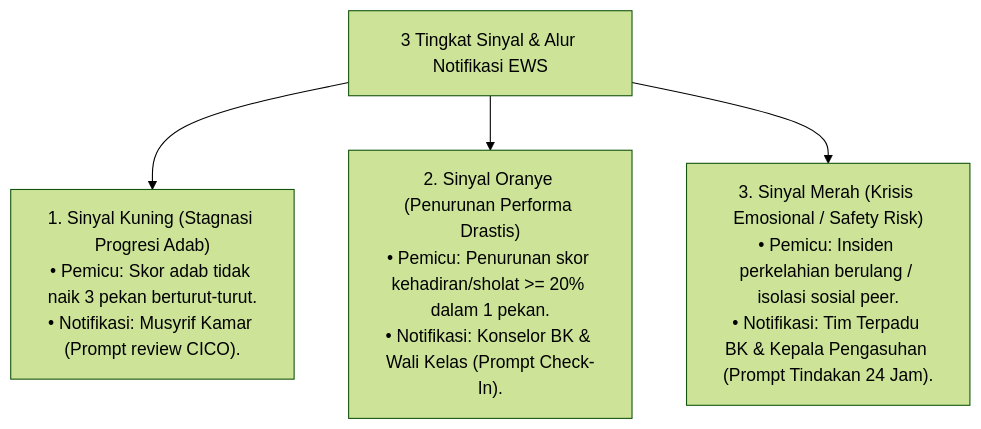
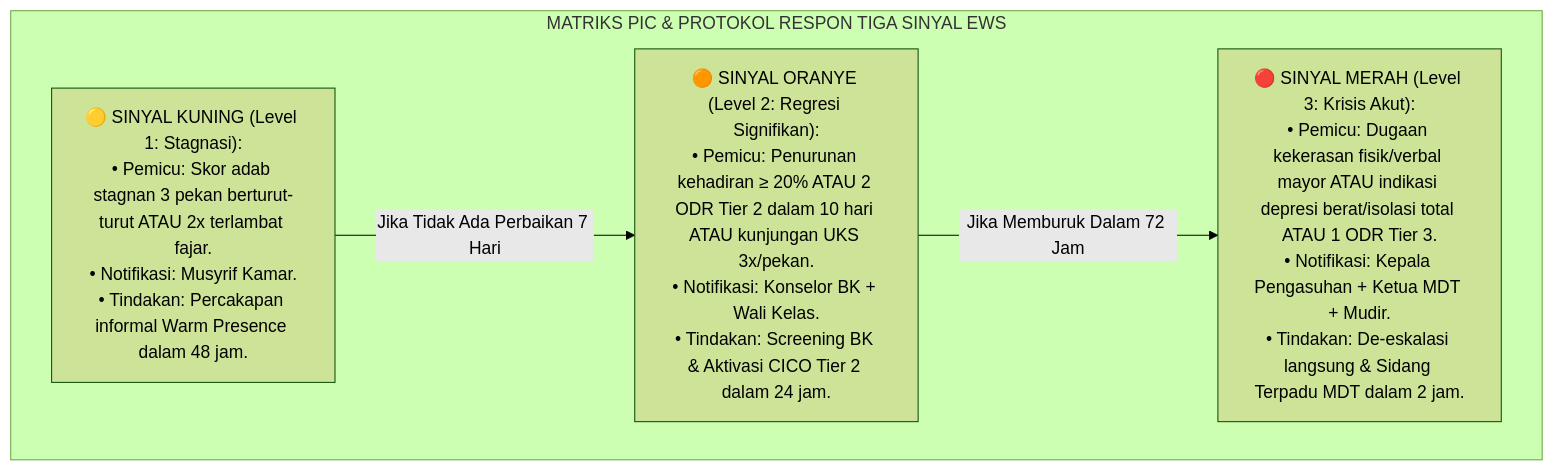
Before and after one commit to wandiapriliyandi/tumbuh: the second of 2 diagrams in 07 Implementation Framework/09 Monitoring/P7-09-03-Algoritma-EWS-Trigger-dan-Alur-Notifikasi-Sinyal.md, drawn with Mermaid (forest theme). The commit also changed other lines of this file and 3 other files, not shown here.

````diff
--- a/07 Implementation Framework/09 Monitoring/P7-09-03-Algoritma-EWS-Trigger-dan-Alur-Notifikasi-Sinyal.md
+++ b/07 Implementation Framework/09 Monitoring/P7-09-03-Algoritma-EWS-Trigger-dan-Alur-Notifikasi-Sinyal.md
@@ -14,7 +42,10 @@
 ```mermaid
-graph TD
-    EWSFlow["3 Tingkat Sinyal & Alur Notifikasi EWS"]
-    EWSFlow --> YellowSignal["1. Sinyal Kuning (Stagnasi Progresi Adab)<br/>• Pemicu: Skor adab tidak naik 3 pekan berturut-turut.<br/>• Notifikasi: Musyrif Kamar (Prompt review CICO)."]
-    EWSFlow --> OrangeSignal["2. Sinyal Oranye (Penurunan Performa Drastis)<br/>• Pemicu: Penurunan skor kehadiran/sholat >= 20% dalam 1 pekan.<br/>• Notifikasi: Konselor BK & Wali Kelas (Prompt Check-In)."]
-    EWSFlow --> RedSignal["3. Sinyal Merah (Krisis Emosional / Safety Risk)<br/>• Pemicu: Insiden perkelahian berulang / isolasi sosial peer.<br/>• Notifikasi: Tim Terpadu BK & Kepala Pengasuhan (Prompt Tindakan 24 Jam)."]
+flowchart TD
+    subgraph SignalEscalation["MATRIKS PIC & PROTOKOL RESPON TIGA SINYAL EWS"]
+        Y["🟡 SINYAL KUNING (Level 1: Stagnasi):<br/>• Pemicu: Skor adab stagnan 3 pekan berturut-turut ATAU 2x terlambat fajar.<br/>• Notifikasi: Musyrif Kamar.<br/>• Tindakan: Percakapan informal Warm Presence dalam 48 jam."]
+        O["🟠 SINYAL ORANYE (Level 2: Regresi Signifikan):<br/>• Pemicu: Penurunan kehadiran ≥ 20% ATAU 2 ODR Tier 2 dalam 10 hari ATAU kunjungan UKS 3x/pekan.<br/>• Notifikasi: Konselor BK + Wali Kelas.<br/>• Tindakan: Screening BK & Aktivasi CICO Tier 2 dalam 24 jam."]
+        R["🔴 SINYAL MERAH (Level 3: Krisis Akut):<br/>• Pemicu: Dugaan kekerasan fisik/verbal mayor ATAU indikasi depresi berat/isolasi total ATAU 1 ODR Tier 3.<br/>• Notifikasi: Kepala Pengasuhan + Ketua MDT + Mudir.<br/>• Tindakan: De-eskalasi langsung & Sidang Terpadu MDT dalam 2 jam."]
+        Y -->|Jika Tidak Ada Perbaikan 7 Hari| O
+        O -->|Jika Memburuk Dalam 72 Jam| R
+    end
 ```
````
